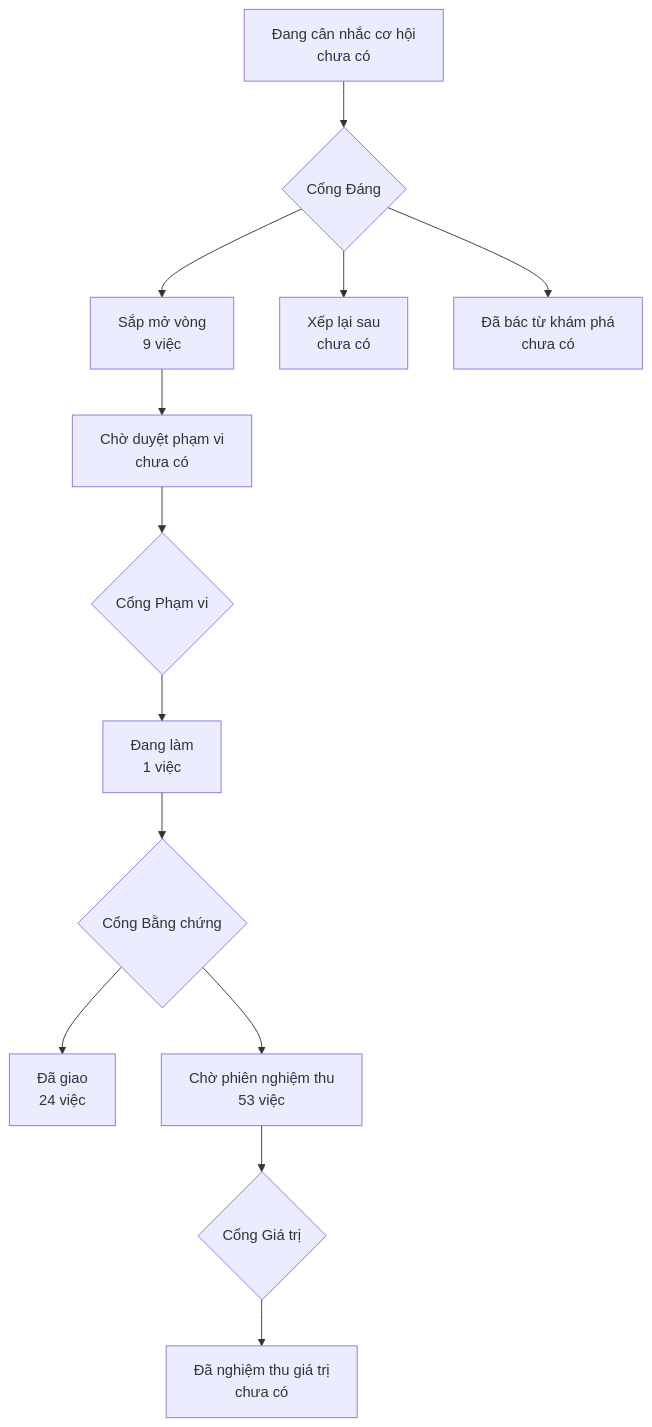
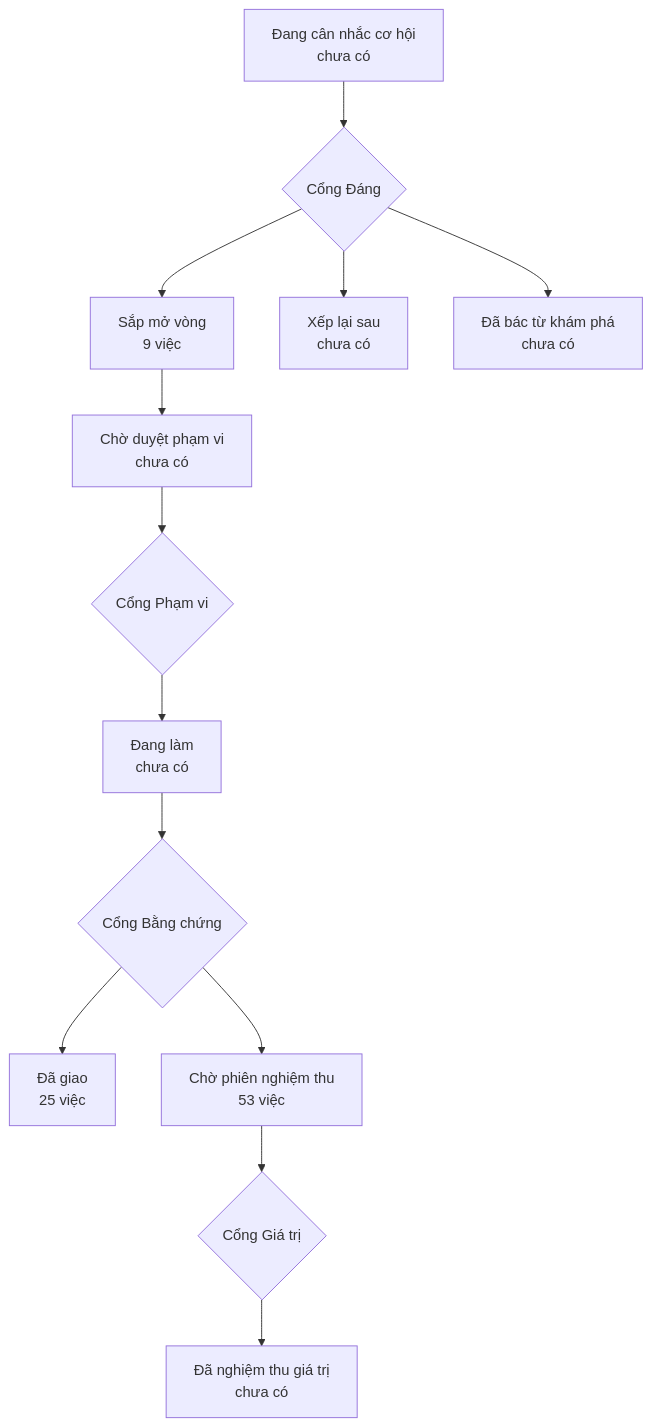
Before and after one commit to phanlemanh/onehub-inventory: the diagram in PRODUCT-MAP.md, drawn with Mermaid. The commit also changed other lines of this file and 4 other files, not shown here.

````diff
--- a/PRODUCT-MAP.md
+++ b/PRODUCT-MAP.md
@@ -7,12 +7,12 @@
 ```mermaid
 flowchart TD
   A["Đang cân nhắc cơ hội<br/>chưa có"] --> GD{"Cổng Đáng"}
   GD --> B["Sắp mở vòng<br/>9 việc"]
   GD --> XL["Xếp lại sau<br/>chưa có"]
   GD --> DB["Đã bác từ khám phá<br/>chưa có"]
   B --> CD["Chờ duyệt phạm vi<br/>chưa có"] --> GP{"Cổng Phạm vi"}
-  GP --> DL["Đang làm<br/>1 việc"] --> GB{"Cổng Bằng chứng"}
-  GB --> DG["Đã giao<br/>24 việc"]
+  GP --> DL["Đang làm<br/>chưa có"] --> GB{"Cổng Bằng chứng"}
+  GB --> DG["Đã giao<br/>25 việc"]
   GB --> CN["Chờ phiên nghiệm thu<br/>53 việc"] --> GG{"Cổng Giá trị"}
   GG --> NT["Đã nghiệm thu giá trị<br/>chưa có"]
 ```
````
